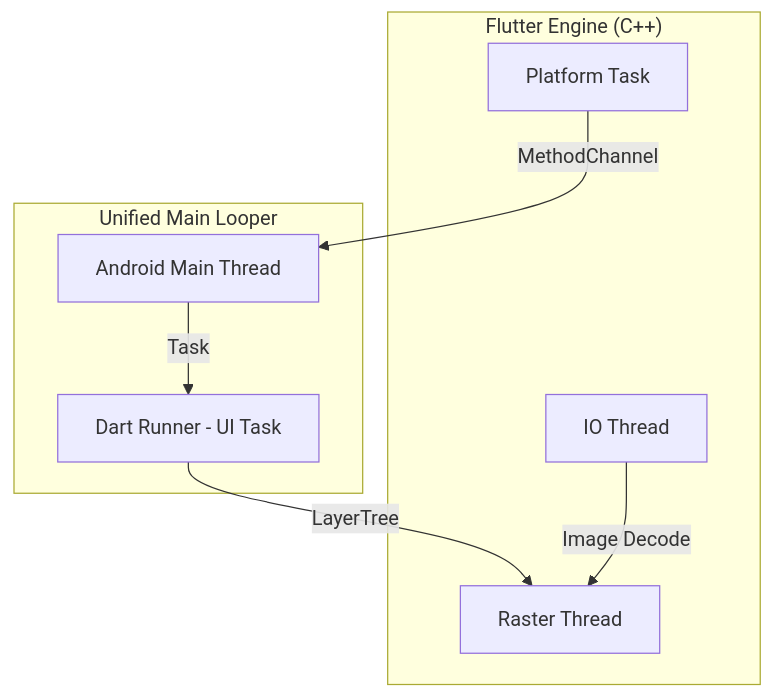
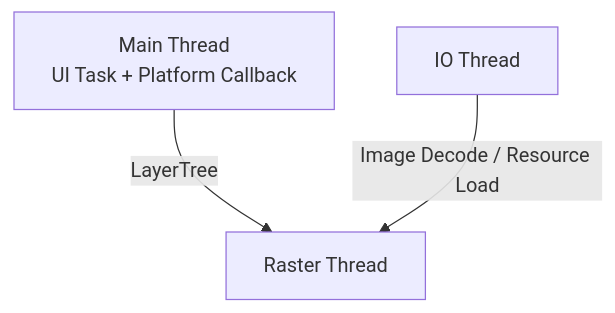
Before and after one commit to Gracker/android-internals-wiki: the first of 3 diagrams in src/part2-performance/ch18-rendering-pipelines/12-flutter-rendering.md, drawn with Mermaid. The commit also changed other lines of this file and 2 other files, not shown here.

Commit message:
[openclaw] rework: 18.12 Flutter 渲染链路 — review 回炉修复

````diff
--- a/src/part2-performance/ch18-rendering-pipelines/12-flutter-rendering.md
+++ b/src/part2-performance/ch18-rendering-pipelines/12-flutter-rendering.md
@@ -48,17 +57,9 @@
 ```mermaid
 graph TD
-    subgraph "Unified Main Looper"
-        Main[Android Main Thread]
-        Dart[Dart Runner - UI Task]
-    end
-    subgraph "Flutter Engine (C++)"
-        Raster[Raster Thread]
-        IO[IO Thread]
-        Platform[Platform Task]
-    end
-    
-    Main -->|Task| Dart
-    Dart -->|LayerTree| Raster
-    IO -->|Image Decode| Raster
-    Platform -->|MethodChannel| Main
+    Main[Main Thread<br/>UI Task + Platform Callback]
+    Raster[Raster Thread]
+    IO[IO Thread]
+
+    Main -->|LayerTree| Raster
+    IO -->|Image Decode / Resource Load| Raster
 ```
````
